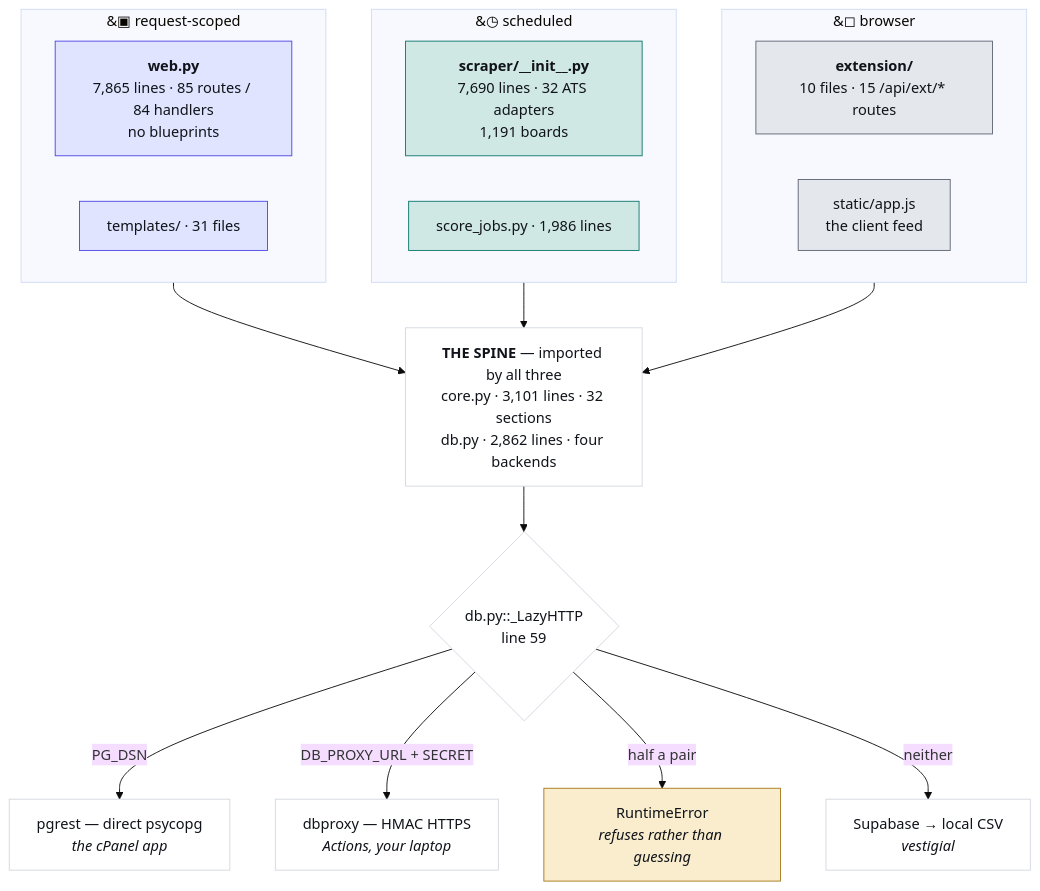
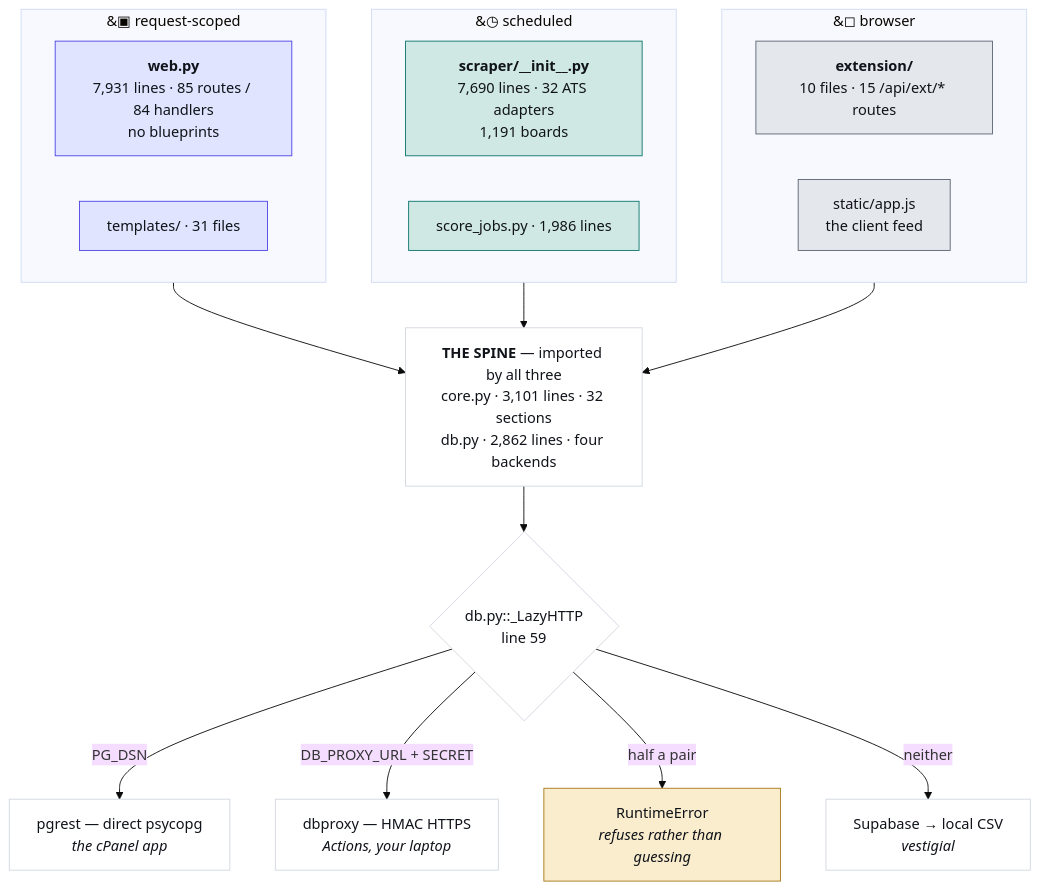
Before and after one commit to hadakunal909-debug/job-search-tool: the first of 4 diagrams in JobMatch Scraper/docs/ARCHITECTURE.md, drawn with Mermaid (base theme). The commit also changed 10 other files, not shown here.

````diff
--- a/JobMatch Scraper/docs/ARCHITECTURE.md
+++ b/JobMatch Scraper/docs/ARCHITECTURE.md
@@ -45,34 +45,34 @@
 ```mermaid
 flowchart TB
   subgraph REQ["&#9635; request-scoped"]
-    W["<b>web.py</b><br/>7,865 lines · 85 routes / 84 handlers<br/>no blueprints"]
+    W["<b>web.py</b><br/>7,931 lines · 85 routes / 84 handlers<br/>no blueprints"]
     T["templates/ · 31 files"]
   end
   subgraph SCH["&#9719; scheduled"]
     S["<b>scraper/__init__.py</b><br/>7,690 lines · 32 ATS adapters<br/>1,191 boards"]
     J["score_jobs.py · 1,986 lines"]
   end
   subgraph CLI["&#9723; browser"]
     E["<b>extension/</b><br/>10 files · 15 /api/ext/* routes"]
     A["static/app.js<br/>the client feed"]
   end
   SPINE["<b>THE SPINE</b> — imported by all three<br/>core.py · 3,101 lines · 32 sections<br/>db.py · 2,862 lines · four backends"]
   REQ --> SPINE
   SCH --> SPINE
   CLI --> SPINE
   SPINE --> D{"db.py::_LazyHTTP<br/>line 59"}
   D -->|"PG_DSN"| P["pgrest — direct psycopg<br/><i>the cPanel app</i>"]
   D -->|"DB_PROXY_URL + SECRET"| X["dbproxy — HMAC HTTPS<br/><i>Actions, your laptop</i>"]
   D -->|"half a pair"| R["RuntimeError<br/><i>refuses rather than guessing</i>"]
   D -->|"neither"| V["Supabase → local CSV<br/><i>vestigial</i>"]
   classDef web fill:#e0e4fe,stroke:#4f46e5,color:#101319
   classDef sched fill:#cfe8e3,stroke:#0f766e,color:#101319
   classDef client fill:#e4e7ec,stroke:#5f6573,color:#101319
   classDef trap fill:#f9edcd,stroke:#a8781a,color:#101319
   classDef plain fill:#ffffff,stroke:#d3d7df,color:#101319
   class W,T web
   class S,J sched
   class E,A client
   class R trap
   class SPINE,D,P,X,V plain
 ```
````
